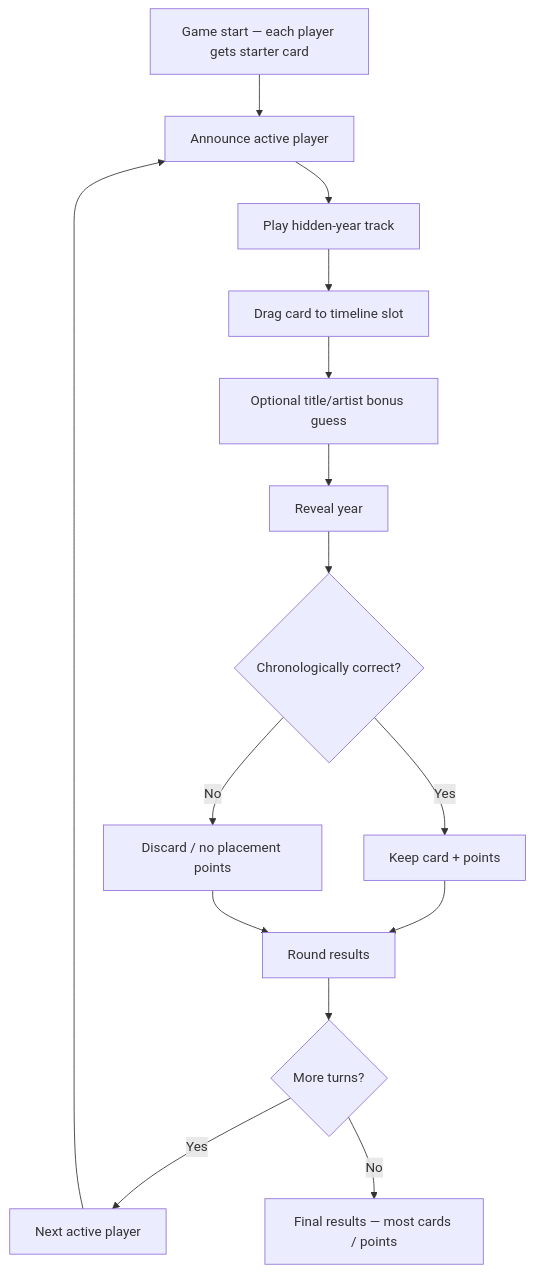
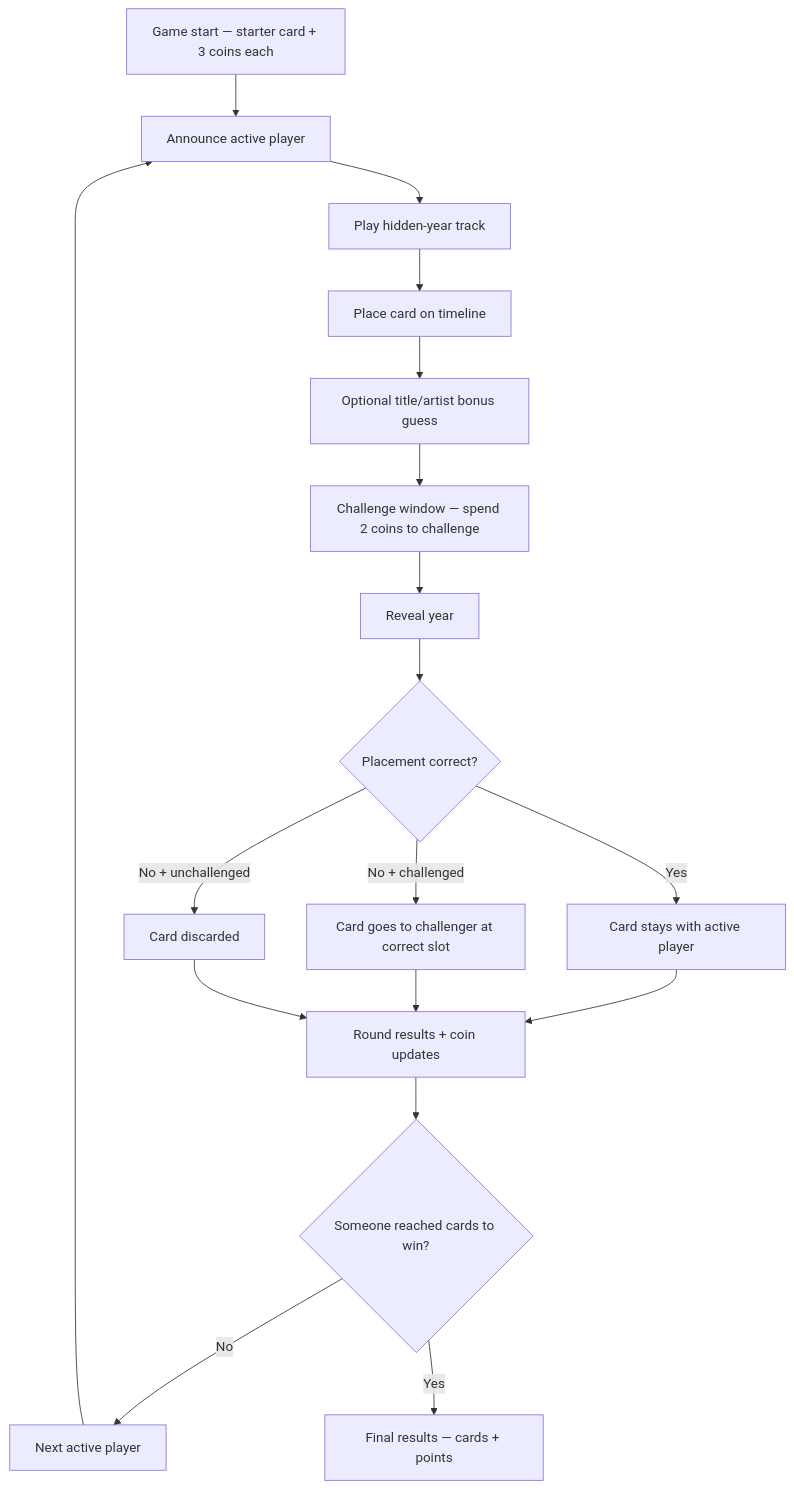
One commit to samirr2502/spot-the-song changed the seventh of 7 diagrams in docs/SCREEN_FLOW.md. Above: the diagram before and after it, drawn with Mermaid. The commit also changed 18 other files, not shown here.

````diff
--- a/docs/SCREEN_FLOW.md
+++ b/docs/SCREEN_FLOW.md
@@ -140,17 +140,20 @@
 ```mermaid
 flowchart TD
-  A[Game start — each player gets starter card] --> B[Announce active player]
+  A[Game start — starter card + 3 coins each] --> B[Announce active player]
   B --> C[Play hidden-year track]
-  C --> D[Drag card to timeline slot]
+  C --> D[Place card on timeline]
   D --> E[Optional title/artist bonus guess]
-  E --> F[Reveal year]
-  F --> G{Chronologically correct?}
-  G -->|Yes| H[Keep card + points]
-  G -->|No| I[Discard / no placement points]
-  H --> J[Round results]
-  I --> J
-  J --> K{More turns?}
-  K -->|Yes| L[Next active player]
-  L --> B
-  K -->|No| M[Final results — most cards / points]
+  E --> F[Challenge window — spend 2 coins to challenge]
+  F --> G[Reveal year]
+  G --> H{Placement correct?}
+  H -->|Yes| I[Card stays with active player]
+  H -->|No + challenged| J[Card goes to challenger at correct slot]
+  H -->|No + unchallenged| K[Card discarded]
+  I --> L[Round results + coin updates]
+  J --> L
+  K --> L
+  L --> M{Someone reached cards to win?}
+  M -->|No| N[Next active player]
+  N --> B
+  M -->|Yes| O[Final results — cards + points]
 ```
````
